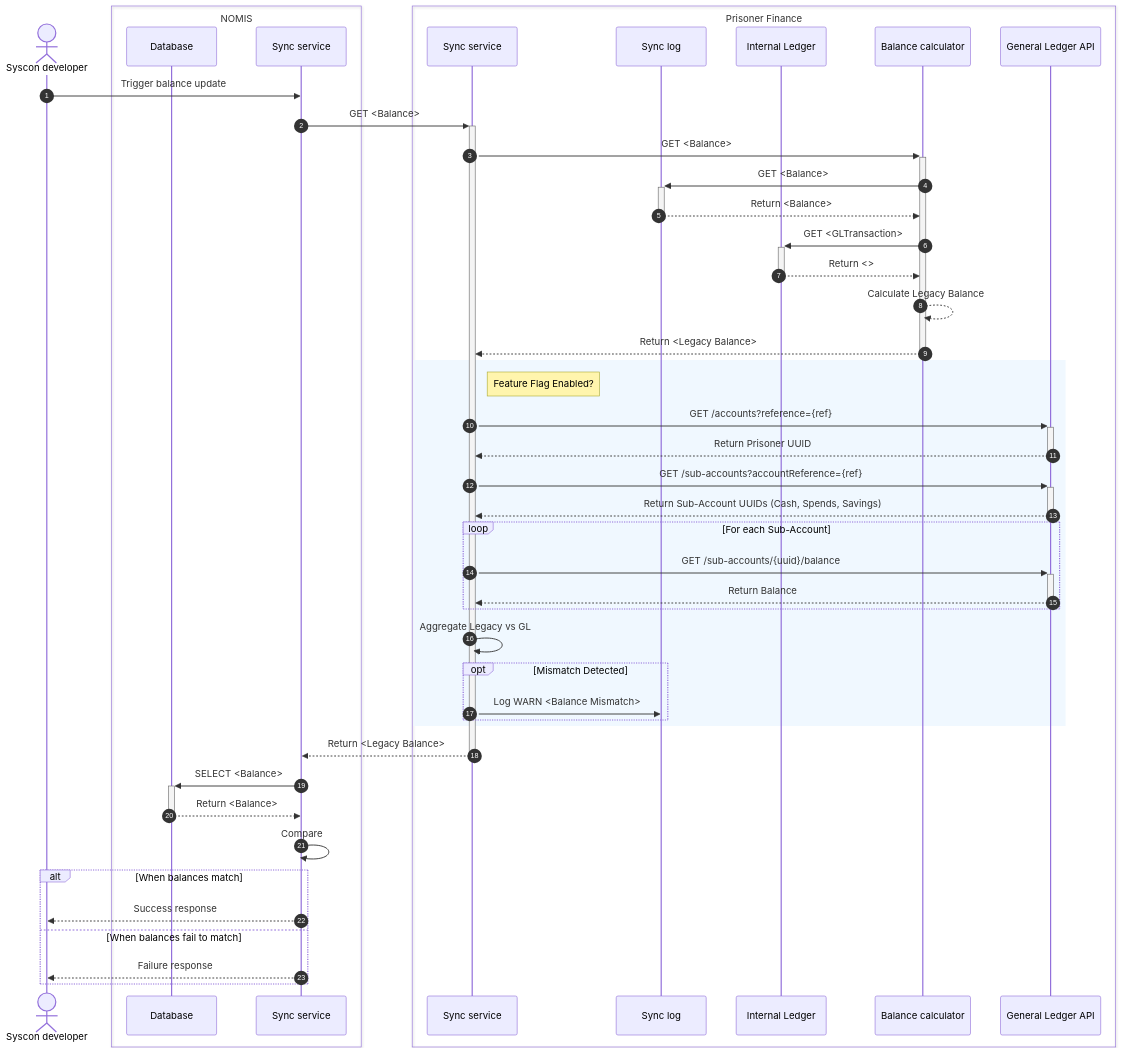
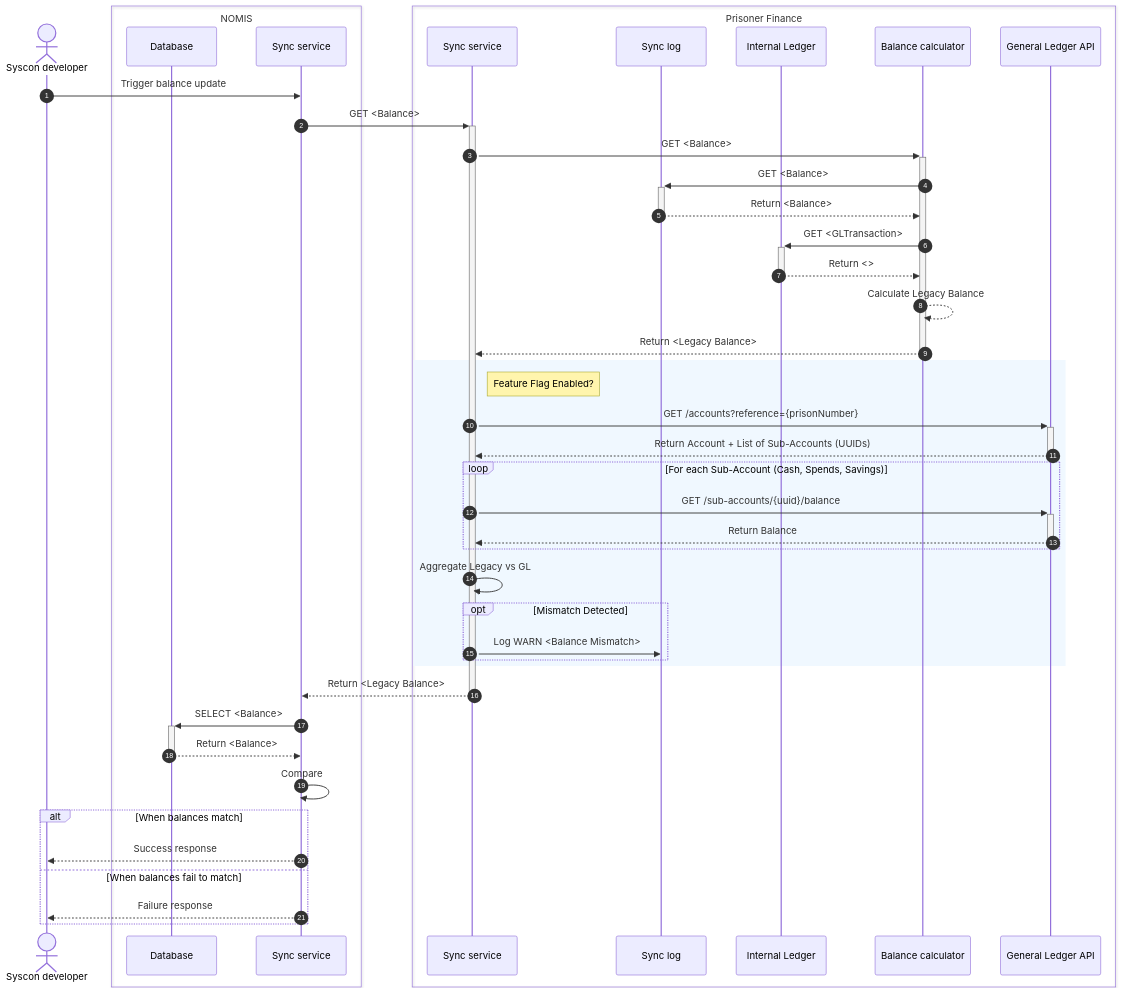
The second of 6 diagrams in docs/architecture/docs/sync-processes.md (ministryofjustice/hmpps-prisoner-finance-sync-api), drawn with Mermaid before and after one commit.

Commit message:
Update sequence diagram

````diff
--- a/docs/architecture/docs/sync-processes.md
+++ b/docs/architecture/docs/sync-processes.md
@@ -42,60 +42,59 @@
 ```mermaid
 sequenceDiagram
     actor SYSCON as Syscon developer
     box NOMIS
         participant NOMIS.DB as Database
         participant NOMIS.sync as Sync service
     end
     box Prisoner Finance
         participant PF.sync as Sync service
         participant PF.log as Sync log
         participant PF.ledger as Internal Ledger
         participant PF.calculator as Balance calculator
         participant PF.newGL as General Ledger API
     end
 
     autonumber
 
     SYSCON ->> NOMIS.sync: Trigger balance update
     NOMIS.sync ->>+ PF.sync: GET <Balance>
 
 %% LEGACY FLOW
     PF.sync ->>+ PF.calculator: GET <Balance>
     PF.calculator ->>+ PF.log: GET <Balance>
     PF.log -->>- PF.calculator: Return <Balance>
     PF.calculator ->>+ PF.ledger: GET <GLTransaction>
     PF.ledger -->>- PF.calculator: Return <>
     PF.calculator -->> PF.calculator: Calculate Legacy Balance
     PF.calculator -->>- PF.sync: Return <Legacy Balance>
 
 %% NEW GL VERIFICATION FLOW
     rect rgb(240, 248, 255)
         note right of PF.sync: Feature Flag Enabled?
-        PF.sync ->>+ PF.newGL: GET /accounts?reference={ref}
-        PF.newGL -->>- PF.sync: Return Prisoner UUID
-        PF.sync ->>+ PF.newGL: GET /sub-accounts?accountReference={ref}
-        PF.newGL -->>- PF.sync: Return Sub-Account UUIDs (Cash, Spends, Savings)
 
-        loop For each Sub-Account
+        PF.sync ->>+ PF.newGL: GET /accounts?reference={prisonNumber}
+        PF.newGL -->>- PF.sync: Return Account + List of Sub-Accounts (UUIDs)
+
+        loop For each Sub-Account (Cash, Spends, Savings)
             PF.sync ->>+ PF.newGL: GET /sub-accounts/{uuid}/balance
             PF.newGL -->>- PF.sync: Return Balance
         end
 
         PF.sync ->> PF.sync: Aggregate Legacy vs GL
         opt Mismatch Detected
             PF.sync ->> PF.log: Log WARN <Balance Mismatch>
         end
     end
 
     PF.sync -->>- NOMIS.sync: Return <Legacy Balance>
 
 %% NOMIS VERIFICATION
     NOMIS.sync ->>+ NOMIS.DB: SELECT <Balance>
     NOMIS.DB -->>- NOMIS.sync: Return <Balance>
     NOMIS.sync ->> NOMIS.sync: Compare
     alt When balances match
         NOMIS.sync -->> SYSCON: Success response
     else When balances fail to match
         NOMIS.sync -->> SYSCON: Failure response
     end
 ```
````
